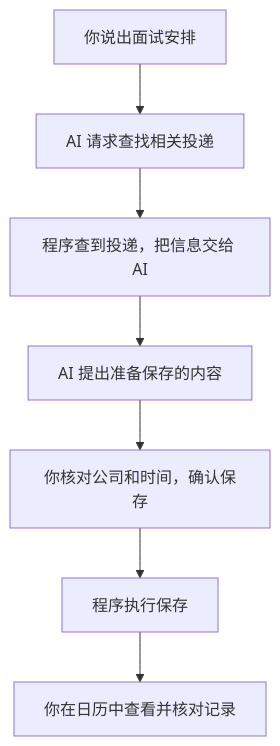
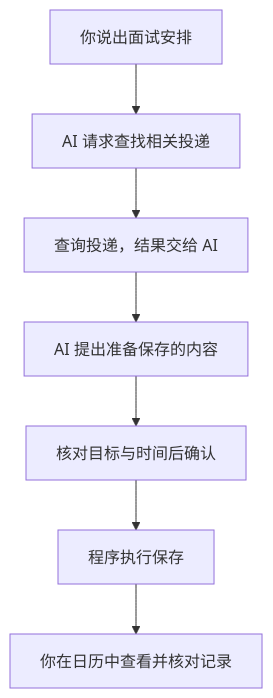
One commit to offercontext/offerPilot changed the diagram in docs/learn/01-record-an-interview.md. Above: the diagram before and after it, drawn with Mermaid. The commit also changed other lines of this file and 27 other files, not shown here.

````diff
--- a/docs/learn/01-record-an-interview.md
+++ b/docs/learn/01-record-an-interview.md
@@ -20,9 +20,9 @@
 ```mermaid
 flowchart TD
     A[你说出面试安排] --> B[AI 请求查找相关投递]
-    B --> C[程序查到投递，把信息交给 AI]
+    B --> C["查询投递，结果交给 AI"]
     C --> D[AI 提出准备保存的内容]
-    D --> E[你核对公司和时间，确认保存]
+    D --> E["核对目标与时间后确认"]
     E --> F[程序执行保存]
     F --> G[你在日历中查看并核对记录]
 ```
````
